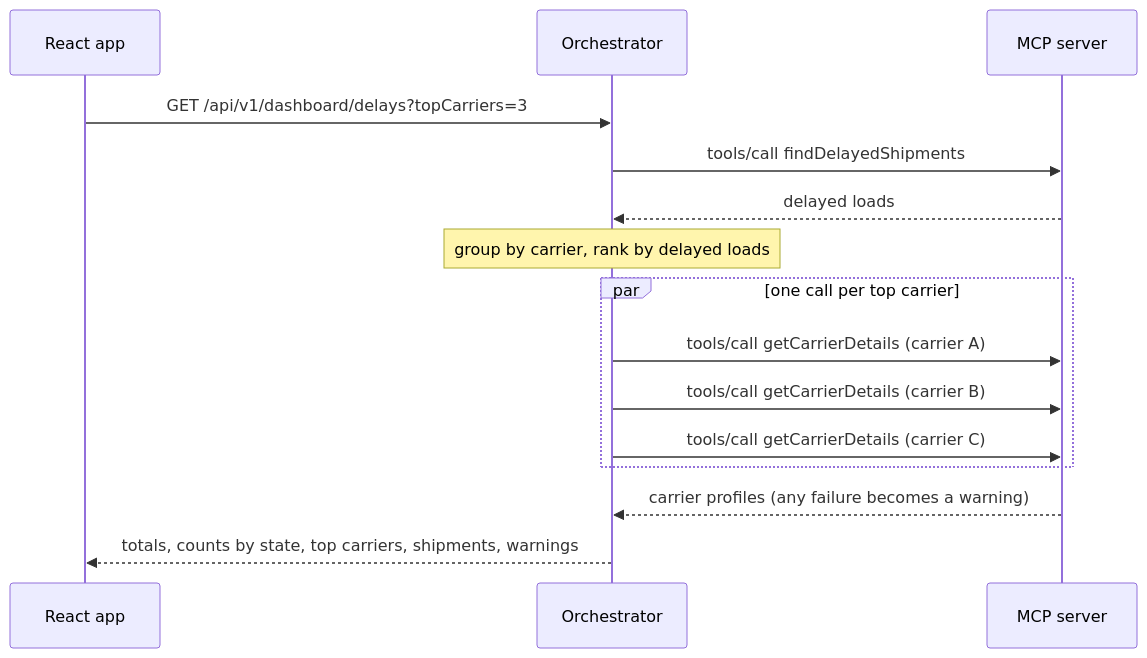
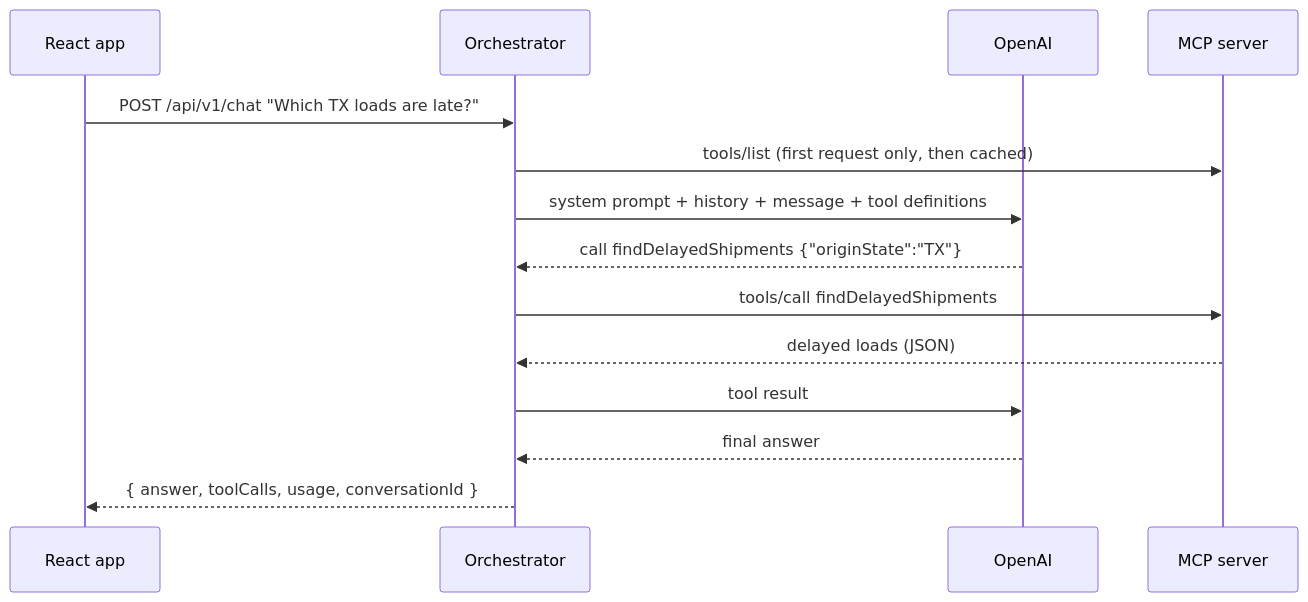
The second of 2 diagrams in README.md (mr-mtd/springboot_mcp_orchestrator), drawn with Mermaid before and after one commit. The commit also changed other lines of this file and 42 other files, not shown here.

````diff
--- a/README.md
+++ b/README.md
@@ -69,17 +59,16 @@
 ```mermaid
 sequenceDiagram
     participant R as React app
     participant O as Orchestrator
+    participant L as OpenAI
     participant M as MCP server
-    R->>O: GET /api/v1/dashboard/delays?topCarriers=3
+    R->>O: POST /api/v1/chat "Which TX loads are late?"
+    O->>M: tools/list (first request only, then cached)
+    O->>L: system prompt + history + message + tool definitions
+    L-->>O: call findDelayedShipments {"originState":"TX"}
     O->>M: tools/call findDelayedShipments
-    M-->>O: delayed loads
-    Note over O: group by carrier, rank by delayed loads
-    par one call per top carrier
-        O->>M: tools/call getCarrierDetails (carrier A)
-        O->>M: tools/call getCarrierDetails (carrier B)
-        O->>M: tools/call getCarrierDetails (carrier C)
-    end
-    M-->>O: carrier profiles (any failure becomes a warning)
-    O-->>R: totals, counts by state, top carriers, shipments, warnings
+    M-->>O: delayed loads (JSON)
+    O->>L: tool result
+    L-->>O: final answer
+    O-->>R: { answer, toolCalls, usage, conversationId }
 ```
````
